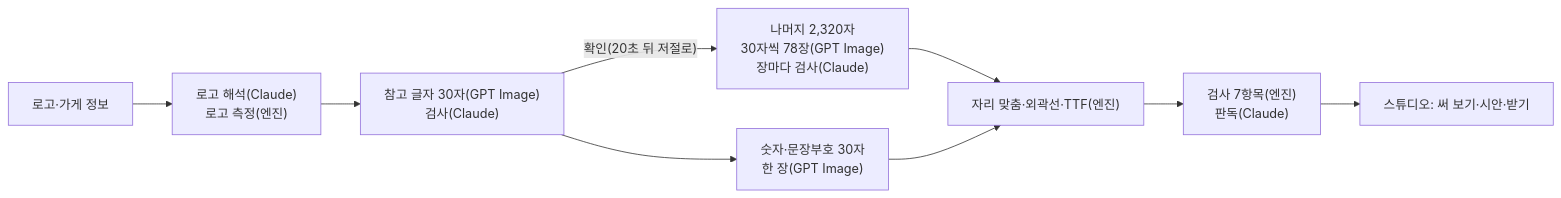
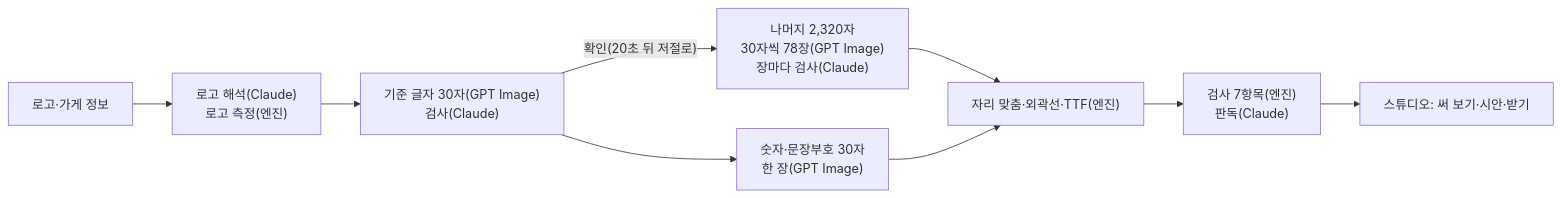
The diagram in README.md (poongbit/logoche), drawn with Mermaid before and after one commit. The commit also changed other lines of this file and 3 other files, not shown here.

````diff
--- a/README.md
+++ b/README.md
@@ -60,11 +95,11 @@
 ```mermaid
 flowchart LR
     A["로고·가게 정보"] --> B["로고 해석(Claude)<br/>로고 측정(엔진)"]
-    B --> D["참고 글자 30자(GPT Image)<br/>검사(Claude)"]
+    B --> D["기준 글자 30자(GPT Image)<br/>검사(Claude)"]
     D -->|"확인(20초 뒤 저절로)"| E["나머지 2,320자<br/>30자씩 78장(GPT Image)<br/>장마다 검사(Claude)"]
     D --> S["숫자·문장부호 30자<br/>한 장(GPT Image)"]
     E --> F["자리 맞춤·외곽선·TTF(엔진)"]
     S --> F
     F --> G["검사 7항목(엔진)<br/>판독(Claude)"]
     G --> H["스튜디오: 써 보기·시안·받기"]
 ```
````
